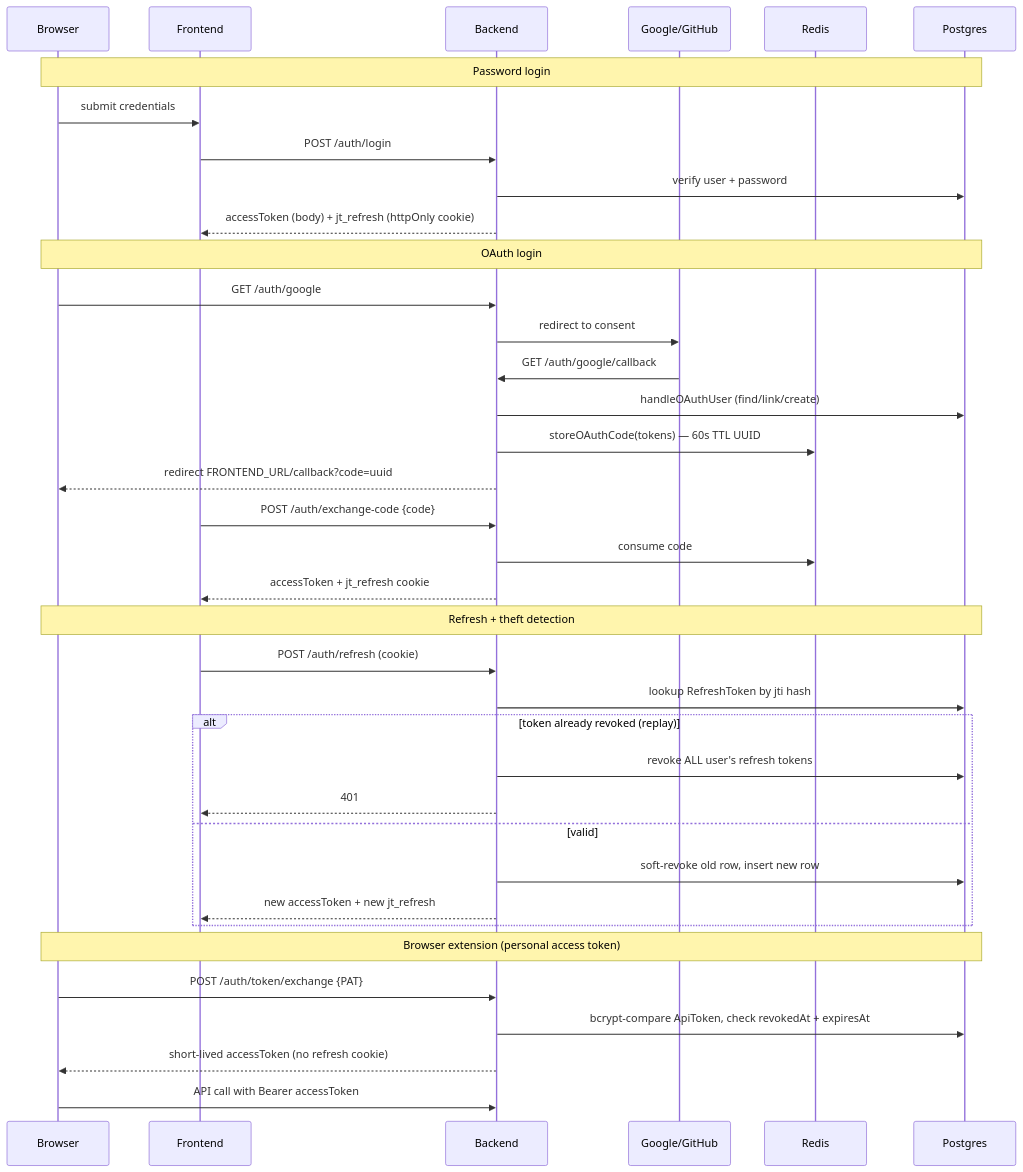
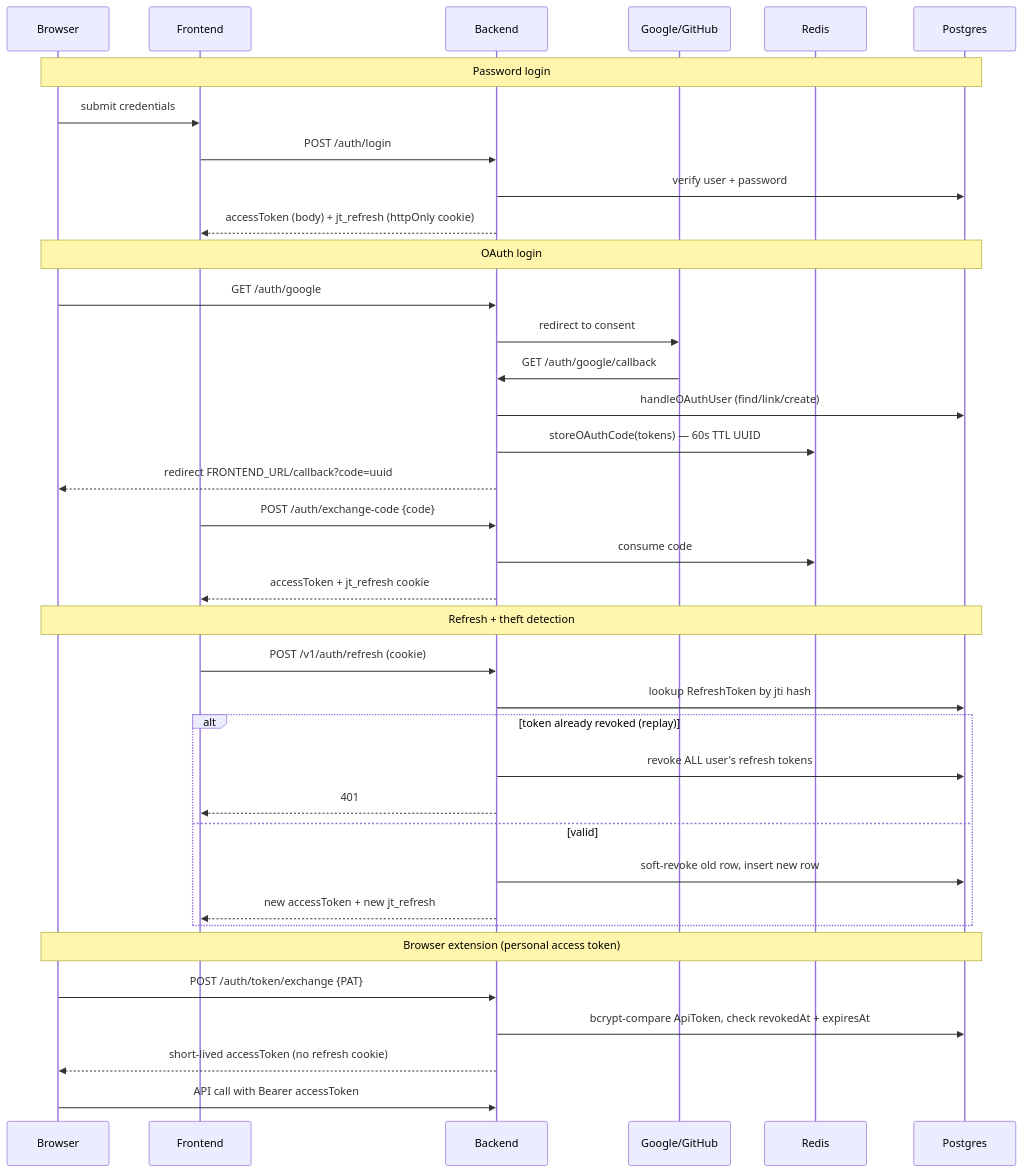
Before and after one commit to muhammadasif2017/job-tracker: the fourth of 9 diagrams in docs/architecture.md, drawn with Mermaid. The commit also changed 9 other files, not shown here.

````diff
--- a/docs/architecture.md
+++ b/docs/architecture.md
@@ -124,43 +124,43 @@
 ```mermaid
 sequenceDiagram
     participant B as Browser
     participant FE as Frontend
     participant BE as Backend
     participant G as Google/GitHub
     participant R as Redis
     participant DB as Postgres
 
     Note over B,DB: Password login
     B->>FE: submit credentials
     FE->>BE: POST /auth/login
     BE->>DB: verify user + password
     BE-->>FE: accessToken (body) + jt_refresh (httpOnly cookie)
 
     Note over B,DB: OAuth login
     B->>BE: GET /auth/google
     BE->>G: redirect to consent
     G->>BE: GET /auth/google/callback
     BE->>DB: handleOAuthUser (find/link/create)
     BE->>R: storeOAuthCode(tokens) — 60s TTL UUID
     BE-->>B: redirect FRONTEND_URL/callback?code=uuid
     FE->>BE: POST /auth/exchange-code {code}
     BE->>R: consume code
     BE-->>FE: accessToken + jt_refresh cookie
 
     Note over B,DB: Refresh + theft detection
-    FE->>BE: POST /auth/refresh (cookie)
+    FE->>BE: POST /v1/auth/refresh (cookie)
     BE->>DB: lookup RefreshToken by jti hash
     alt token already revoked (replay)
         BE->>DB: revoke ALL user's refresh tokens
         BE-->>FE: 401
     else valid
         BE->>DB: soft-revoke old row, insert new row
         BE-->>FE: new accessToken + new jt_refresh
     end
 
     Note over B,DB: Browser extension (personal access token)
     B->>BE: POST /auth/token/exchange {PAT}
     BE->>DB: bcrypt-compare ApiToken, check revokedAt + expiresAt
     BE-->>B: short-lived accessToken (no refresh cookie)
     B->>BE: API call with Bearer accessToken
 ```
````
